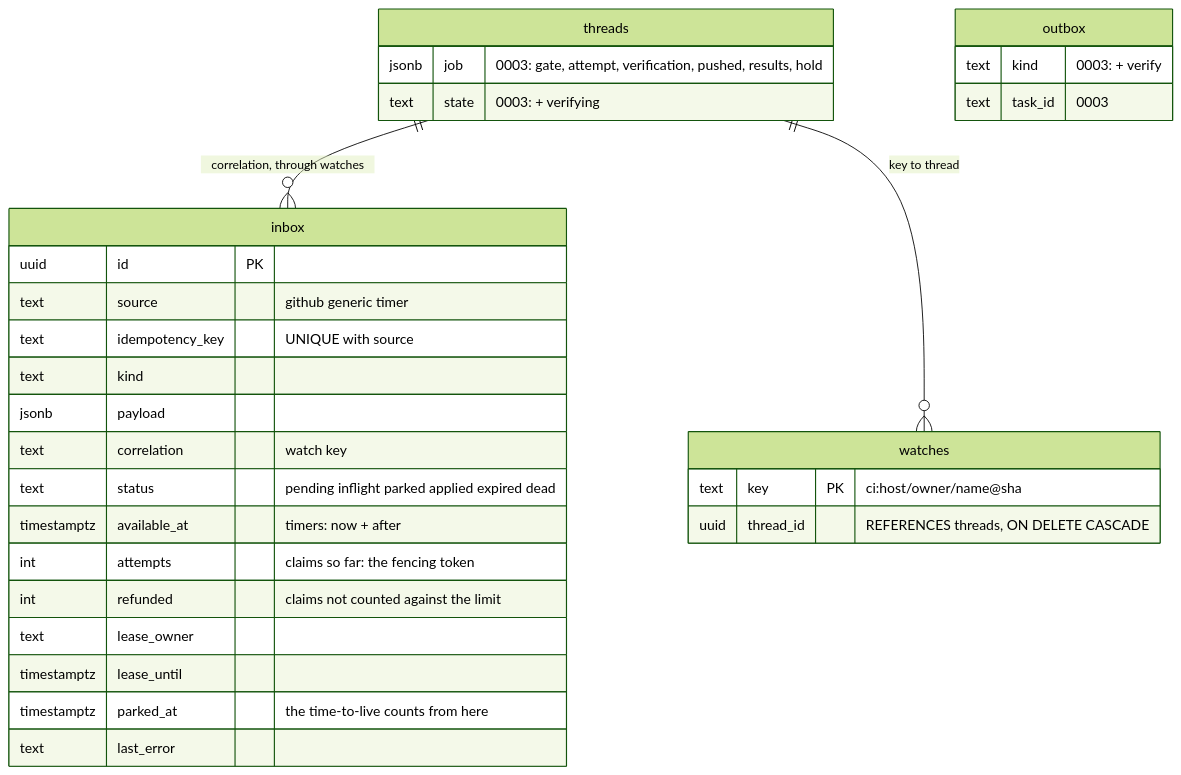
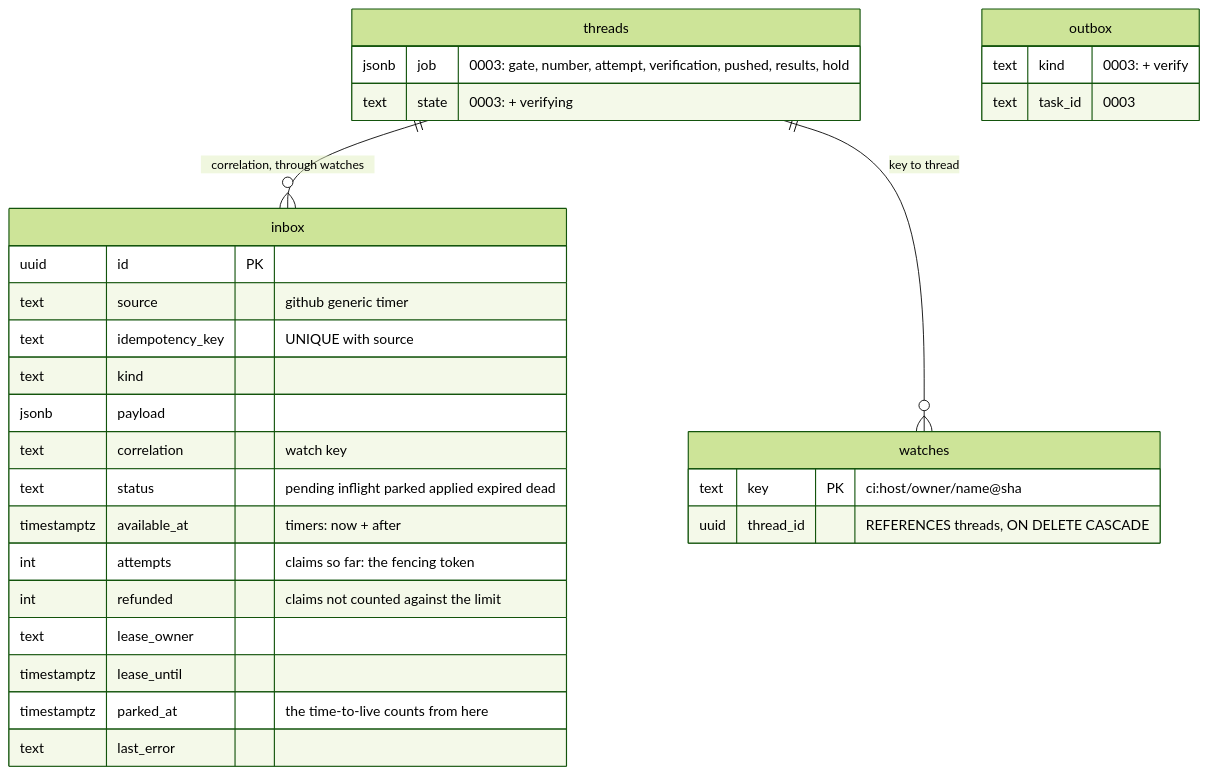
Diagram 22 of 24 in docs/orchestrator.md (vymalo/another-agentic-system), drawn with Mermaid (forest theme) before and after one commit. The commit also changed other lines of this file and 135 other files, not shown here.

````diff
--- a/docs/orchestrator.md
+++ b/docs/orchestrator.md
@@ -1279,33 +1318,33 @@
 ```mermaid
 erDiagram
   threads ||--o{ inbox : "correlation, through watches"
   threads ||--o{ watches : "key to thread"
   threads {
-    jsonb job "0003: gate, attempt, verification, pushed, results, hold"
+    jsonb job "0003: gate, number, attempt, verification, pushed, results, hold"
     text state "0003: + verifying"
   }
   outbox {
     text kind "0003: + verify"
     text task_id "0003"
   }
   inbox {
     uuid id PK
     text source "github generic timer"
     text idempotency_key "UNIQUE with source"
     text kind
     jsonb payload
     text correlation "watch key"
     text status "pending inflight parked applied expired dead"
     timestamptz available_at "timers: now + after"
     int attempts "claims so far: the fencing token"
     int refunded "claims not counted against the limit"
     text lease_owner
     timestamptz lease_until
     timestamptz parked_at "the time-to-live counts from here"
     text last_error
   }
   watches {
     text key PK "ci:host/owner/name@sha"
     uuid thread_id "REFERENCES threads, ON DELETE CASCADE"
   }
 ```
````
